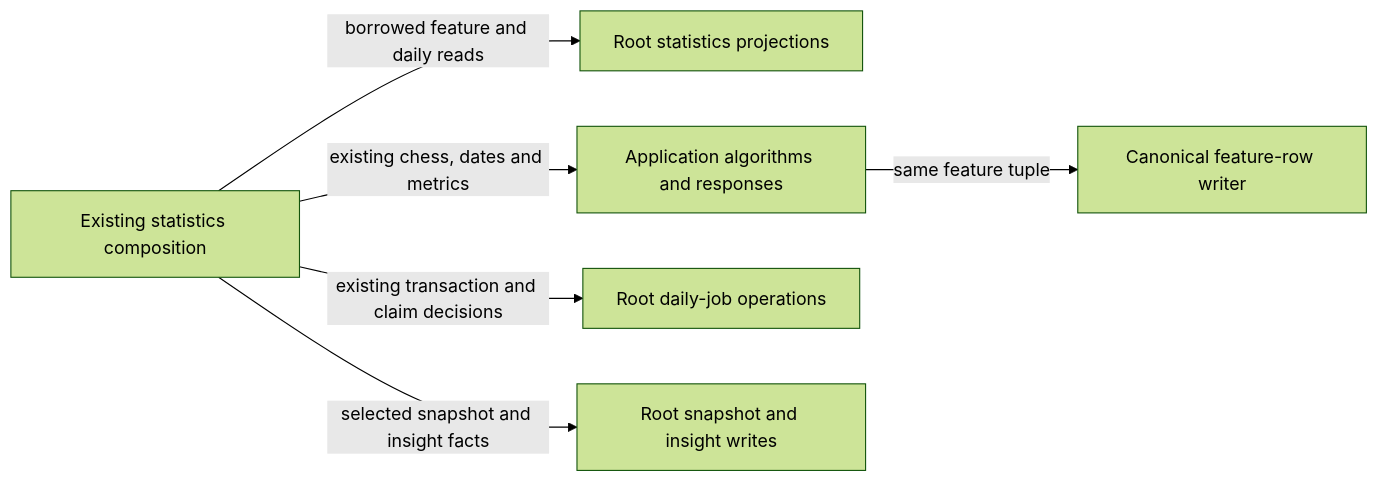
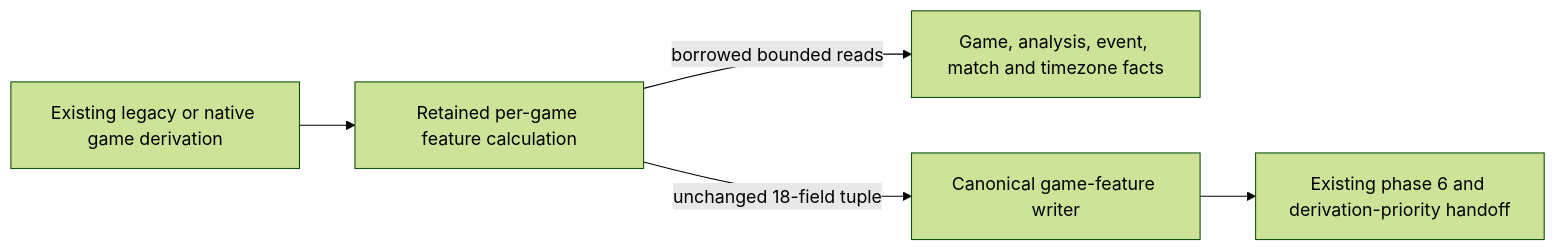
The diagram in database/tempo_legacy_database/adapters/statistics/README.md (aaweaver-actuary/tempo), drawn with Mermaid (forest theme) before and after one commit. The commit also changed other lines of this file and 33 other files, not shown here.

Commit message:
Retire daily statistics materialization source

````diff
--- a/database/tempo_legacy_database/adapters/statistics/README.md
+++ b/database/tempo_legacy_database/adapters/statistics/README.md
@@ -5,8 +15,7 @@
 ```mermaid
 flowchart LR
-  application[Existing statistics composition] -->|borrowed feature and daily reads| projections[Root statistics projections]
-  application -->|existing chess, dates and metrics| calculations[Application algorithms and responses]
-  calculations -->|same feature tuple| feature[Canonical feature-row writer]
-  application -->|existing transaction and claim decisions| jobs[Root daily-job operations]
-  application -->|selected snapshot and insight facts| publication[Root snapshot and insight writes]
+  game[Existing legacy or native game derivation] --> feature[Retained per-game feature calculation]
+  feature -->|borrowed bounded reads| projections[Game, analysis, event, match and timezone facts]
+  feature -->|unchanged 18-field tuple| writer[Canonical game-feature writer]
+  writer --> phase[Existing phase 6 and derivation-priority handoff]
 ```
````
